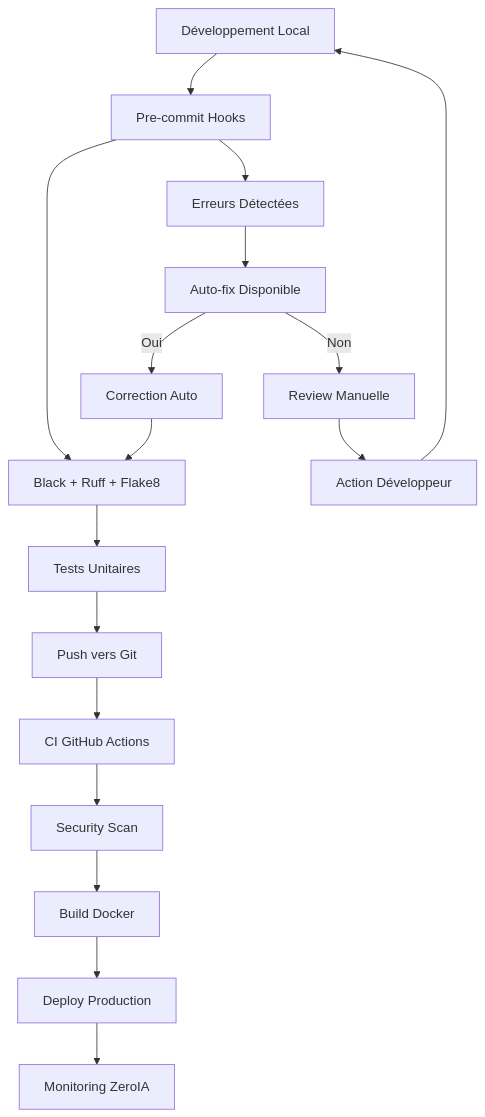
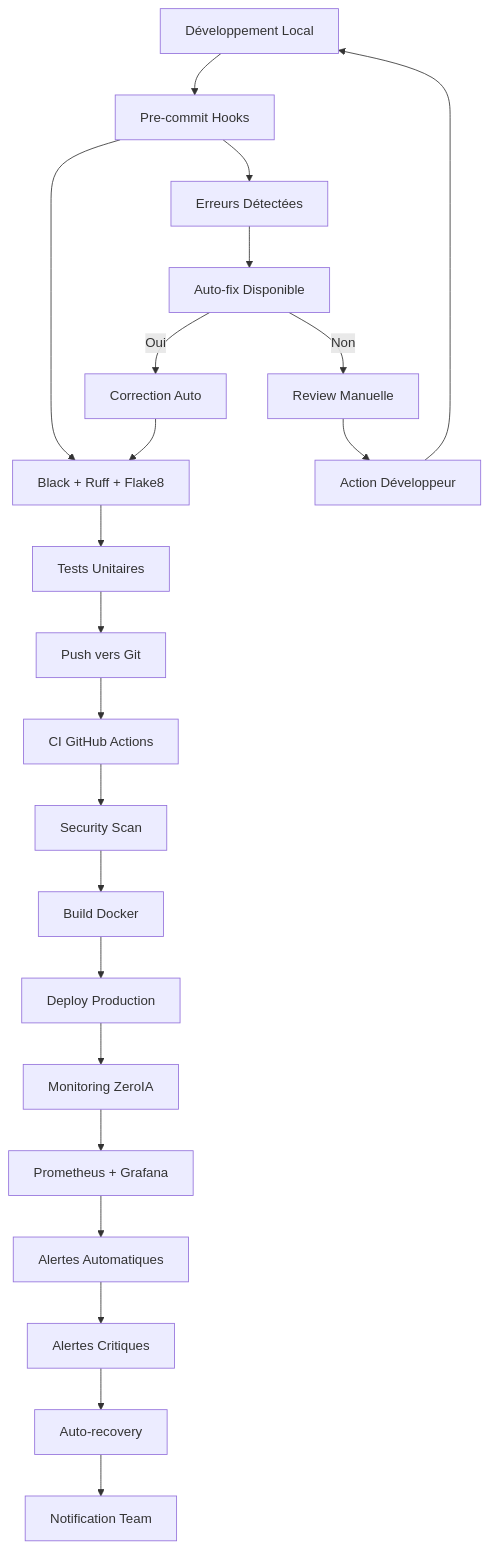
The diagram in docs/devops/index.md (athalia-siwek/arkalia-luna-pro), drawn with Mermaid before and after one commit. The commit also changed other lines of this file and 6 other files, not shown here.

````diff
--- a/docs/devops/index.md
+++ b/docs/devops/index.md
@@ -39,20 +48,26 @@
 ```mermaid
 graph TD
     A[Développement Local] --> B[Pre-commit Hooks]
     B --> C[Black + Ruff + Flake8]
     C --> D[Tests Unitaires]
     D --> E[Push vers Git]
     E --> F[CI GitHub Actions]
     F --> G[Security Scan]
     G --> H[Build Docker]
     H --> I[Deploy Production]
     I --> J[Monitoring ZeroIA]
+    J --> K[Prometheus + Grafana]
+    K --> L[Alertes Automatiques]
 
-    B --> K[Erreurs Détectées]
-    K --> L[Auto-fix Disponible]
-    L -->|Oui| M[Correction Auto]
-    L -->|Non| N[Review Manuelle]
-    M --> C
-    N --> O[Action Développeur]
-    O --> A
+    B --> M[Erreurs Détectées]
+    M --> N[Auto-fix Disponible]
+    N -->|Oui| O[Correction Auto]
+    N -->|Non| P[Review Manuelle]
+    O --> C
+    P --> Q[Action Développeur]
+    Q --> A
+
+    L --> R[Alertes Critiques]
+    R --> S[Auto-recovery]
+    S --> T[Notification Team]
 ```
````
